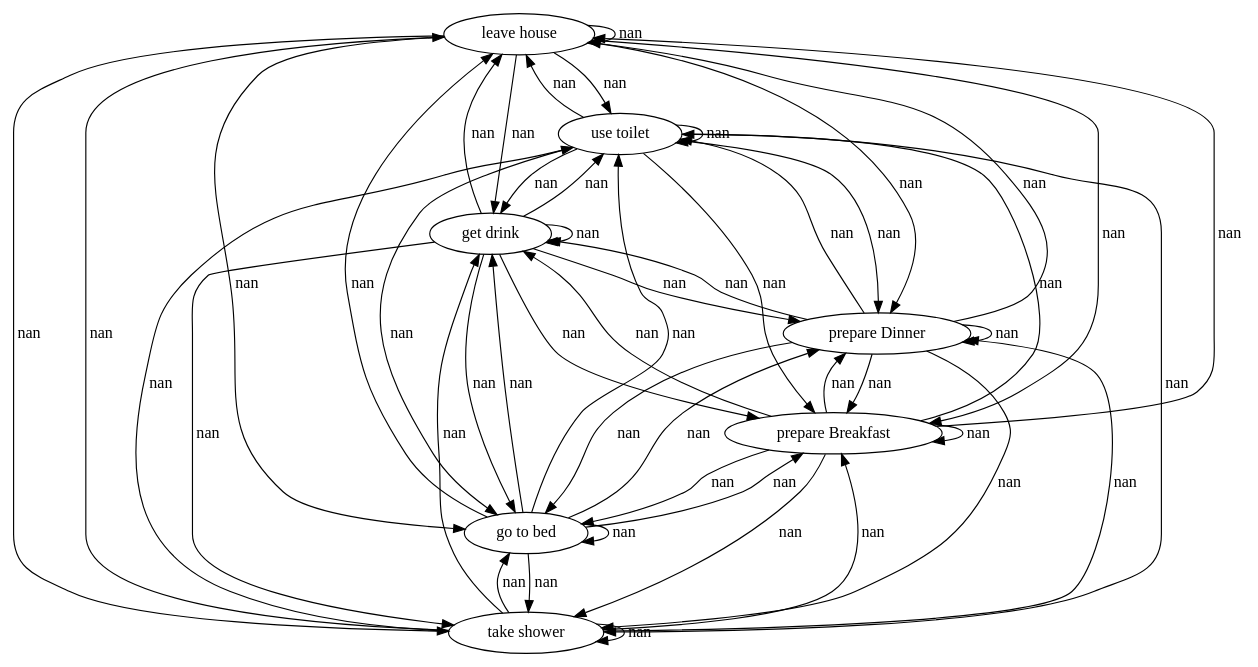
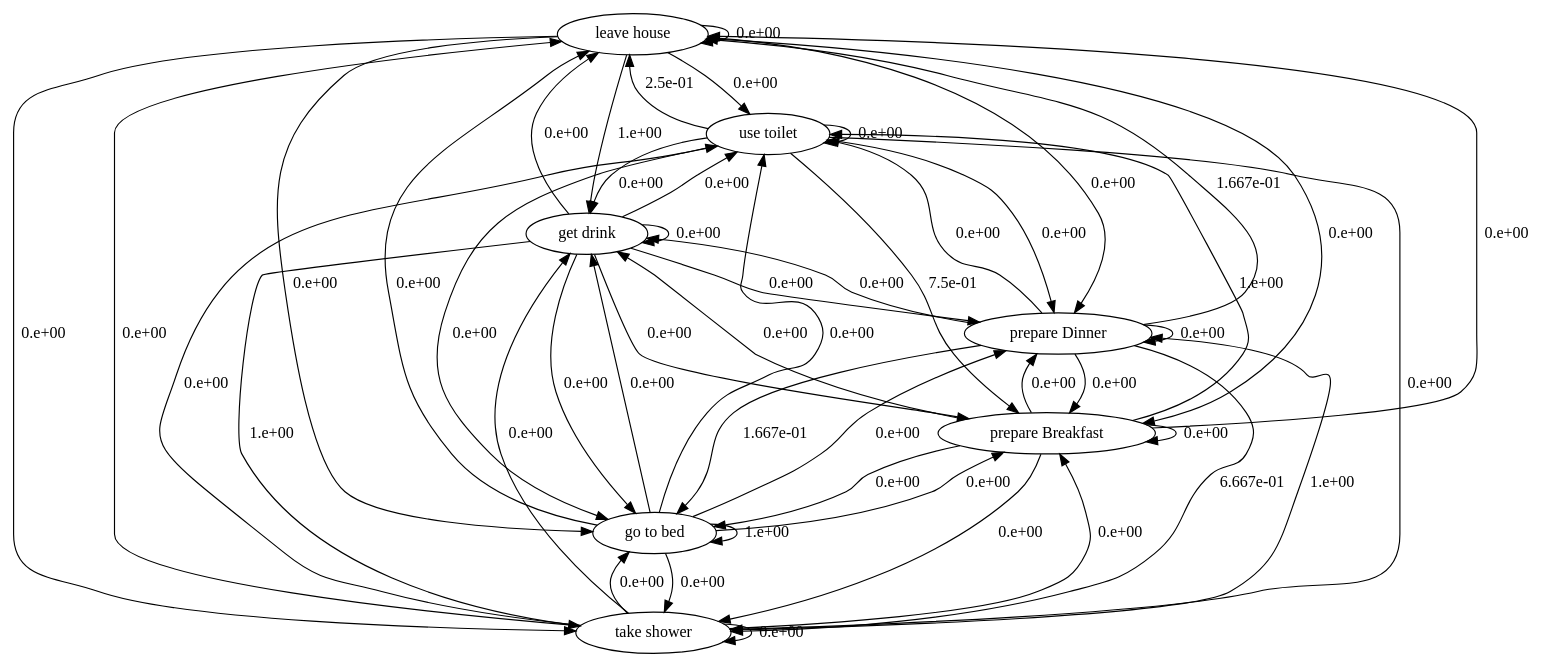
One commit to tcsvn/pyadlml changed the diagram in benchmarks/testing/test.gv. Above: the diagram before and after it, drawn with Graphviz. The commit also changed 20 other files, not shown here.

```diff
--- a/benchmarks/testing/test.gv
+++ b/benchmarks/testing/test.gv
@@ -1,58 +1,58 @@
 digraph {
 	1 [label="leave house"]
 	4 [label="use toilet"]
 	5 [label="take shower"]
 	10 [label="go to bed"]
 	13 [label="prepare Breakfast"]
 	15 [label="prepare Dinner"]
 	17 [label="get drink"]
-	1 -> 1 [label=nan]
-	1 -> 4 [label=nan]
-	1 -> 5 [label=nan]
-	1 -> 10 [label=nan]
-	1 -> 13 [label=nan]
-	1 -> 15 [label=nan]
-	1 -> 17 [label=nan]
-	4 -> 1 [label=nan]
-	4 -> 4 [label=nan]
-	4 -> 5 [label=nan]
-	4 -> 10 [label=nan]
-	4 -> 13 [label=nan]
-	4 -> 15 [label=nan]
-	4 -> 17 [label=nan]
-	5 -> 1 [label=nan]
-	5 -> 4 [label=nan]
-	5 -> 5 [label=nan]
-	5 -> 10 [label=nan]
-	5 -> 13 [label=nan]
-	5 -> 15 [label=nan]
-	5 -> 17 [label=nan]
-	10 -> 1 [label=nan]
-	10 -> 4 [label=nan]
-	10 -> 5 [label=nan]
-	10 -> 10 [label=nan]
-	10 -> 13 [label=nan]
-	10 -> 15 [label=nan]
-	10 -> 17 [label=nan]
-	13 -> 1 [label=nan]
-	13 -> 4 [label=nan]
-	13 -> 5 [label=nan]
-	13 -> 10 [label=nan]
-	13 -> 13 [label=nan]
-	13 -> 15 [label=nan]
-	13 -> 17 [label=nan]
-	15 -> 1 [label=nan]
-	15 -> 4 [label=nan]
-	15 -> 5 [label=nan]
-	15 -> 10 [label=nan]
-	15 -> 13 [label=nan]
-	15 -> 15 [label=nan]
-	15 -> 17 [label=nan]
-	17 -> 1 [label=nan]
-	17 -> 4 [label=nan]
-	17 -> 5 [label=nan]
-	17 -> 10 [label=nan]
-	17 -> 13 [label=nan]
-	17 -> 15 [label=nan]
-	17 -> 17 [label=nan]
+	1 -> 1 [label="0.e+00"]
+	1 -> 4 [label="0.e+00"]
+	1 -> 5 [label="0.e+00"]
+	1 -> 10 [label="0.e+00"]
+	1 -> 13 [label="0.e+00"]
+	1 -> 15 [label="0.e+00"]
+	1 -> 17 [label="1.e+00"]
+	4 -> 1 [label="2.5e-01"]
+	4 -> 4 [label="0.e+00"]
+	4 -> 5 [label="0.e+00"]
+	4 -> 10 [label="0.e+00"]
+	4 -> 13 [label="7.5e-01"]
+	4 -> 15 [label="0.e+00"]
+	4 -> 17 [label="0.e+00"]
+	5 -> 1 [label="0.e+00"]
+	5 -> 4 [label="0.e+00"]
+	5 -> 5 [label="0.e+00"]
+	5 -> 10 [label="0.e+00"]
+	5 -> 13 [label="0.e+00"]
+	5 -> 15 [label="1.e+00"]
+	5 -> 17 [label="0.e+00"]
+	10 -> 1 [label="0.e+00"]
+	10 -> 4 [label="0.e+00"]
+	10 -> 5 [label="0.e+00"]
+	10 -> 10 [label="1.e+00"]
+	10 -> 13 [label="0.e+00"]
+	10 -> 15 [label="0.e+00"]
+	10 -> 17 [label="0.e+00"]
+	13 -> 1 [label="0.e+00"]
+	13 -> 4 [label="1.e+00"]
+	13 -> 5 [label="0.e+00"]
+	13 -> 10 [label="0.e+00"]
+	13 -> 13 [label="0.e+00"]
+	13 -> 15 [label="0.e+00"]
+	13 -> 17 [label="0.e+00"]
+	15 -> 1 [label="1.667e-01"]
+	15 -> 4 [label="0.e+00"]
+	15 -> 5 [label="6.667e-01"]
+	15 -> 10 [label="1.667e-01"]
+	15 -> 13 [label="0.e+00"]
+	15 -> 15 [label="0.e+00"]
+	15 -> 17 [label="0.e+00"]
+	17 -> 1 [label="0.e+00"]
+	17 -> 4 [label="0.e+00"]
+	17 -> 5 [label="1.e+00"]
+	17 -> 10 [label="0.e+00"]
+	17 -> 13 [label="0.e+00"]
+	17 -> 15 [label="0.e+00"]
+	17 -> 17 [label="0.e+00"]
 }
```
